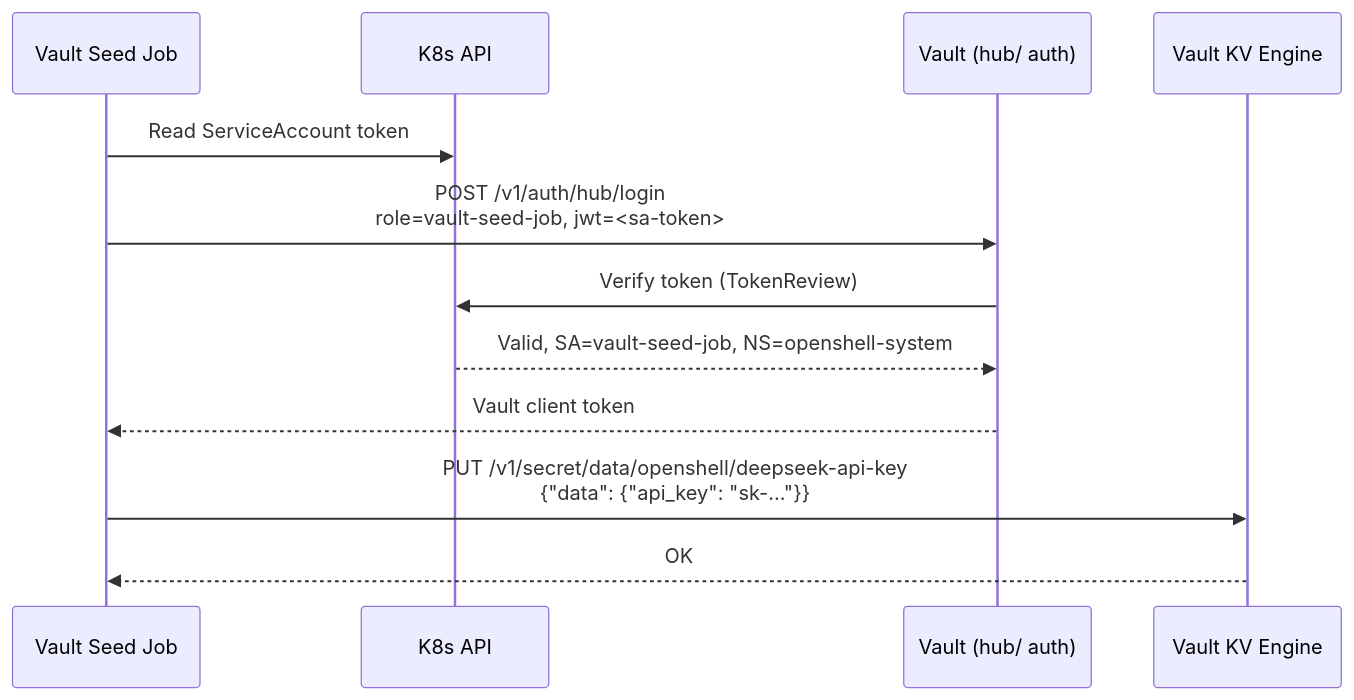
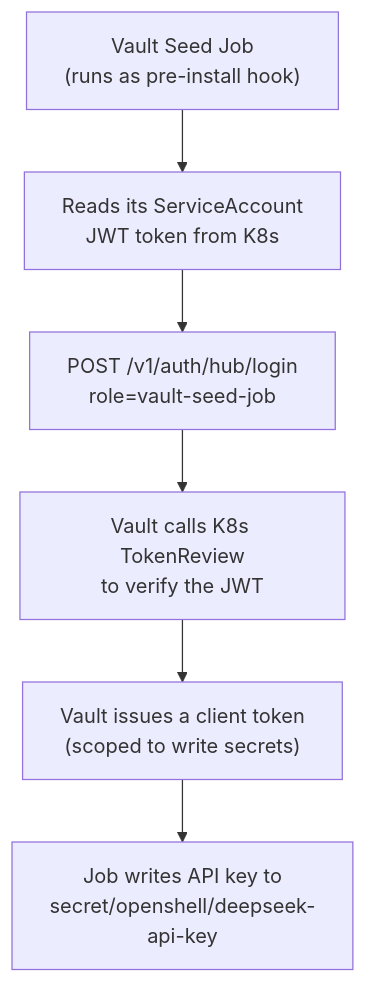
One commit to avijra/openshell-ztm-lab changed the second of 4 diagrams in docs/9-ztvp-integration/README.md. Above: the diagram before and after it, drawn with Mermaid. The commit also changed other lines of this file and 6 other files, not shown here.

First line of the commit message:
fix: replace all unreadable sequence diagrams with simple vertical flows

````diff
--- a/docs/9-ztvp-integration/README.md
+++ b/docs/9-ztvp-integration/README.md
@@ -76,15 +76,11 @@
 ```mermaid
-sequenceDiagram
-    participant Job as Vault Seed Job
-    participant K8s as K8s API
-    participant VA as Vault (hub/ auth)
-    participant VKV as Vault KV Engine
+graph TD
+    J["Vault Seed Job<br/>(runs as pre-install hook)"]
+    SA["Reads its ServiceAccount<br/>JWT token from K8s"]
+    AUTH["POST /v1/auth/hub/login<br/>role=vault-seed-job"]
+    VER["Vault calls K8s TokenReview<br/>to verify the JWT"]
+    TOK["Vault issues a client token<br/>(scoped to write secrets)"]
+    WRITE["Job writes API key to<br/>secret/openshell/deepseek-api-key"]
 
-    Job->>K8s: Read ServiceAccount token
-    Job->>VA: POST /v1/auth/hub/login<br/>role=vault-seed-job, jwt=<sa-token>
-    VA->>K8s: Verify token (TokenReview)
-    K8s-->>VA: Valid, SA=vault-seed-job, NS=openshell-system
-    VA-->>Job: Vault client token
-    Job->>VKV: PUT /v1/secret/data/openshell/deepseek-api-key<br/>{"data": {"api_key": "sk-..."}}
-    VKV-->>Job: OK
+    J --> SA --> AUTH --> VER --> TOK --> WRITE
 ```
````
